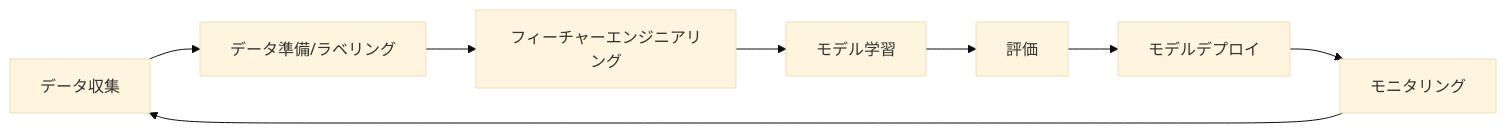
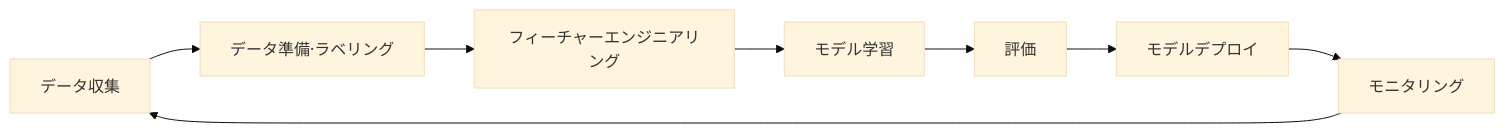
One commit to cloudpickr/cloudpick-docs changed the diagram in src/content/docs/ja/ai/ai-ml.md. Above: the diagram before and after it, drawn with Mermaid (base theme). The commit also changed 29 other files, not shown here.

First line of the commit message:
fix: Mermaid 전수조사 — 노드 라벨 슬래시 13건 수정 (ko/en/ja)

````diff
--- a/src/content/docs/ja/ai/ai-ml.md
+++ b/src/content/docs/ja/ai/ai-ml.md
@@ -129,10 +129,10 @@
 ```mermaid
 graph LR
-    A[データ収集] --> B[データ準備/ラベリング]
+    A[データ収集] --> B[データ準備·ラベリング]
     B --> C[フィーチャーエンジニアリング]
     C --> D[モデル学習]
     D --> E[評価]
     E --> F[モデルデプロイ]
     F --> G[モニタリング]
     G --> A
 ```
````
